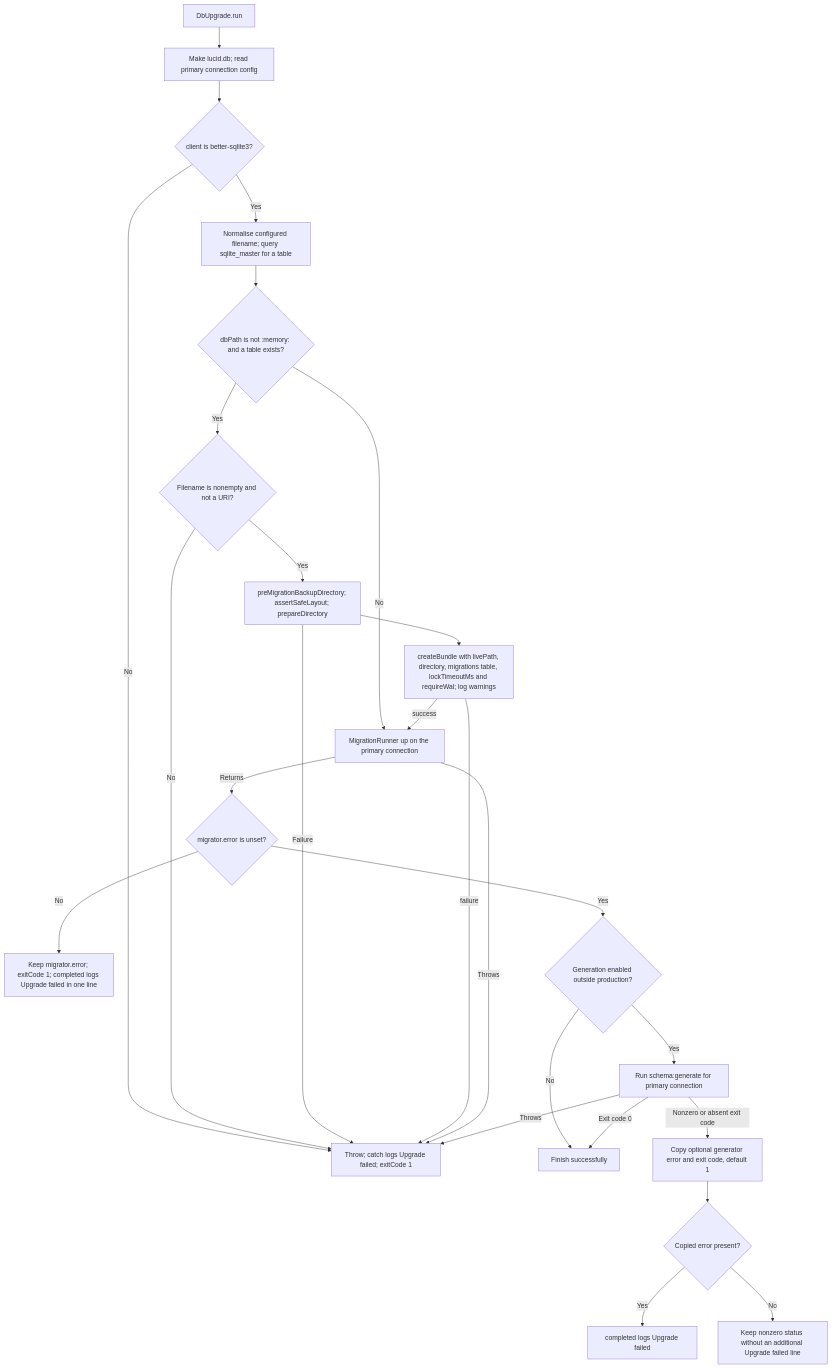
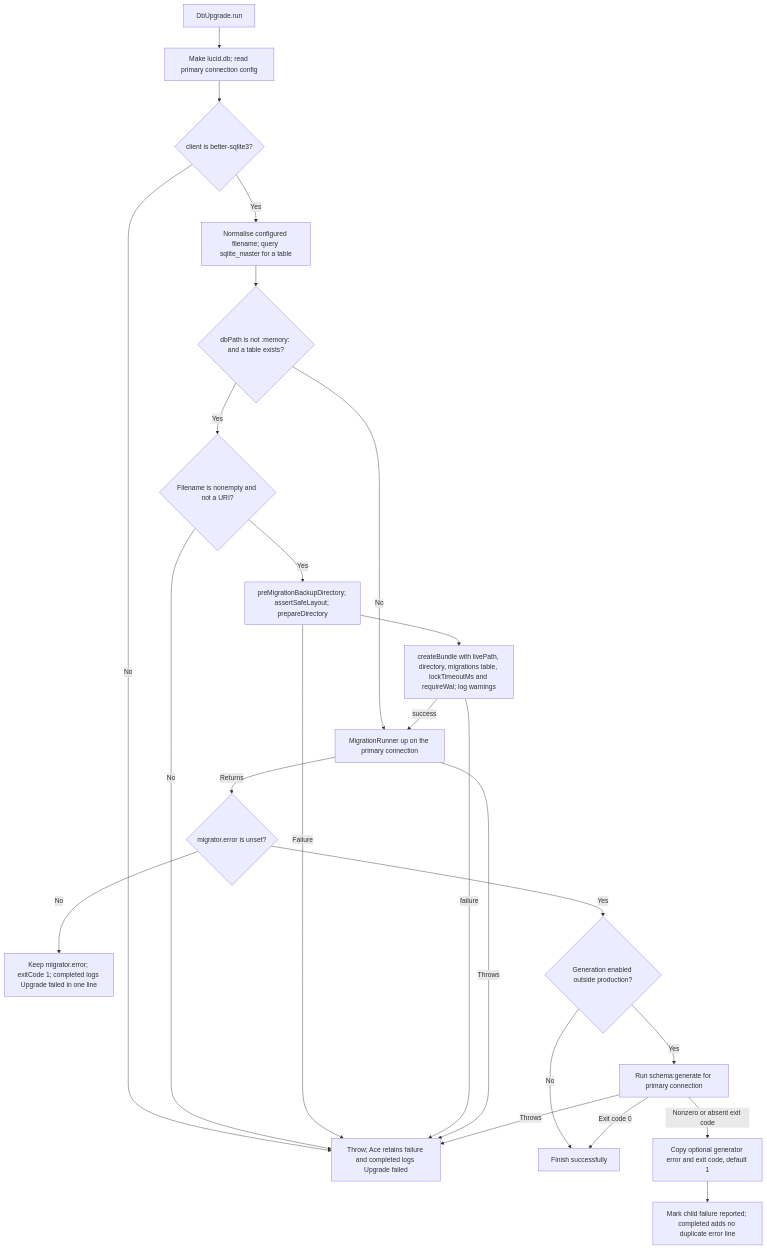
Before and after one commit to Kevinjohn/oss-adonisjs-sqlite-backup: the second of 2 diagrams in user-stories/upgrade-database/us-op-06-upgrade-database.md, drawn with Mermaid. The commit also changed other lines of this file and 7 other files, not shown here.

````diff
--- a/user-stories/upgrade-database/us-op-06-upgrade-database.md
+++ b/user-stories/upgrade-database/us-op-06-upgrade-database.md
@@ -47,28 +47,26 @@
 ```mermaid
 flowchart TD
     A["DbUpgrade.run"] --> B["Make lucid.db; read primary connection config"]
     B --> C{"client is better-sqlite3?"}
-    C -->|No| X["Throw; catch logs Upgrade failed; exitCode 1"]
+    C -->|No| X["Throw; Ace retains failure and completed logs Upgrade failed"]
     C -->|Yes| D["Normalise configured filename; query sqlite_master for a table"]
     D --> E{"dbPath is not :memory: and a table exists?"}
     E -->|No| H["MigrationRunner up on the primary connection"]
     E -->|Yes| F1{"Filename is nonempty and not a URI?"}
     F1 -->|No| X
     F1 -->|Yes| F["preMigrationBackupDirectory; assertSafeLayout; prepareDirectory"]
     F -->|Failure| X
     F --> G["createBundle with livePath, directory, migrations table, lockTimeoutMs and requireWal; log warnings"]
     G -->|failure| X
     G -->|success| H
     H -->|Throws| X
     H -->|Returns| I{"migrator.error is unset?"}
     I -->|No| J["Keep migrator.error; exitCode 1; completed logs Upgrade failed in one line"]
     I -->|Yes| K{"Generation enabled outside production?"}
     K -->|No| L["Finish successfully"]
     K -->|Yes| M["Run schema:generate for primary connection"]
     M -->|Throws| X
     M -->|Nonzero or absent exit code| N["Copy optional generator error and exit code, default 1"]
-    N --> O{"Copied error present?"}
-    O -->|Yes| P["completed logs Upgrade failed"]
-    O -->|No| Q["Keep nonzero status without an additional Upgrade failed line"]
+    N --> O["Mark child failure reported; completed adds no duplicate error line"]
     M -->|Exit code 0| L
 ```
````
